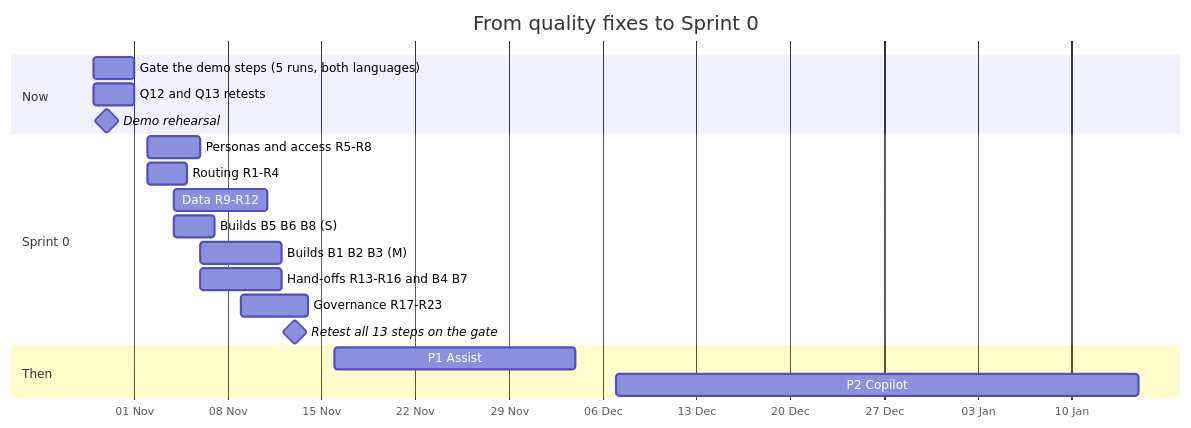
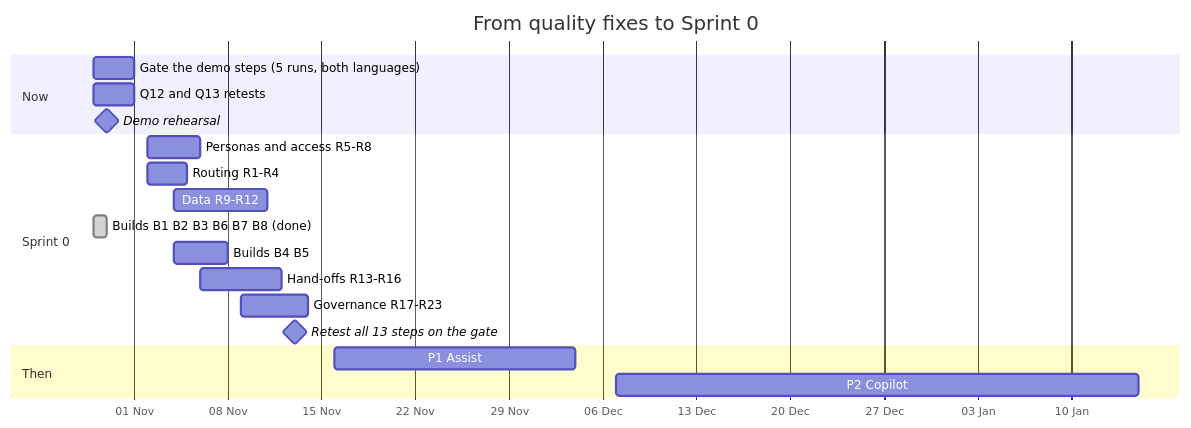
The second of 2 diagrams in docs/reports/autonomous-it-everis2/capabilities/60-real-plan.md (caabayfe/agenticsn), drawn with Mermaid before and after one commit. The commit also changed other lines of this file and 9 other files, not shown here.

````diff
--- a/docs/reports/autonomous-it-everis2/capabilities/60-real-plan.md
+++ b/docs/reports/autonomous-it-everis2/capabilities/60-real-plan.md
@@ -152,22 +155,22 @@
 ```mermaid
 gantt
   title From quality fixes to Sprint 0
   dateFormat YYYY-MM-DD
   axisFormat %d %b
   section Now
   Gate the demo steps (5 runs, both languages)  :g1, 2026-10-29, 3d
   Q12 and Q13 retests                           :g2, 2026-10-29, 3d
   Demo rehearsal                                :milestone, m0, 2026-10-30, 0d
   section Sprint 0
   Personas and access R5-R8                     :s2, 2026-11-02, 4d
   Routing R1-R4                                 :s1, 2026-11-02, 3d
   Data R9-R12                                   :s3, 2026-11-04, 7d
-  Builds B5 B6 B8 (S)                           :b1, 2026-11-04, 3d
-  Builds B1 B2 B3 (M)                           :b2, 2026-11-06, 6d
-  Hand-offs R13-R16 and B4 B7                   :s4, 2026-11-06, 6d
+  Builds B1 B2 B3 B6 B7 B8 (done)               :done, b1, 2026-10-29, 1d
+  Builds B4 B5                                  :b2, 2026-11-04, 4d
+  Hand-offs R13-R16                             :s4, 2026-11-06, 6d
   Governance R17-R23                            :s5, 2026-11-09, 5d
   Retest all 13 steps on the gate               :milestone, m1, 2026-11-13, 0d
   section Then
   P1 Assist                                     :p1, 2026-11-16, 2026-12-04
   P2 Copilot                                    :p2, 2026-12-07, 2027-01-15
 ```
````
